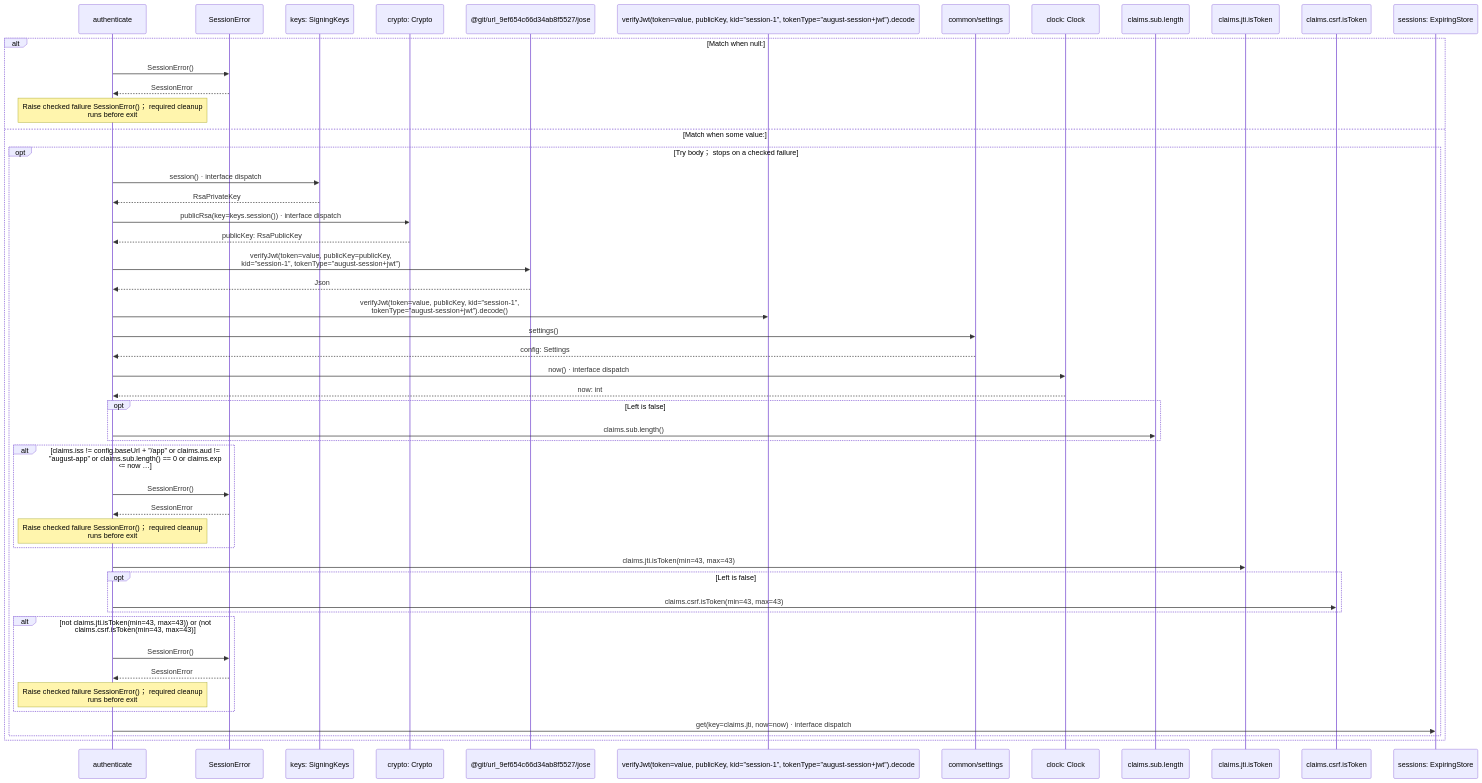
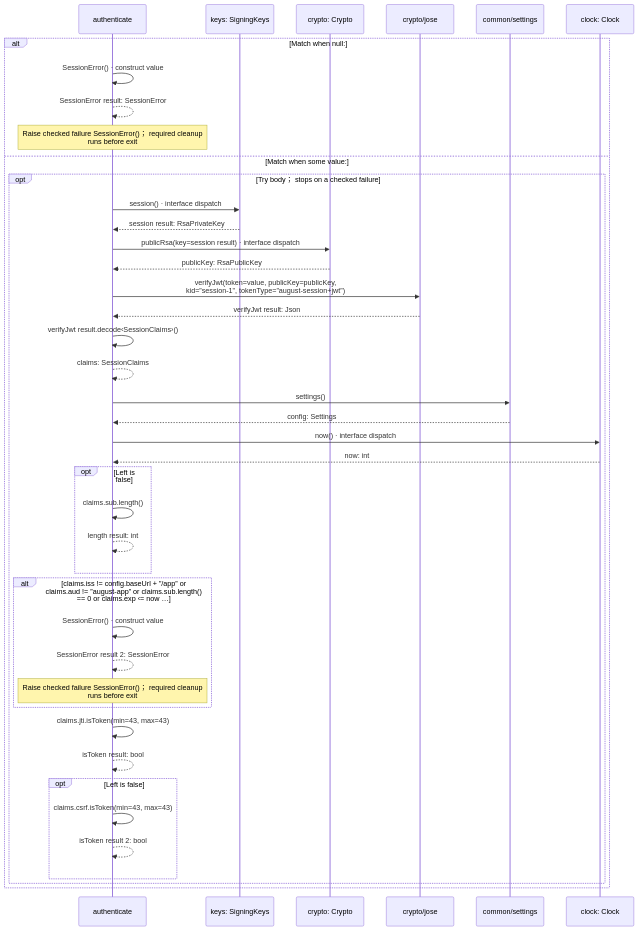
The second of 4 diagrams in docs/examples/oidc-login/client/session-diagrams.md (GreenPandaStudios/augscript), drawn with Mermaid before and after one commit. The commit also changed other lines of this file and 304 other files, not shown here.

Commit message:
Make generated data-flow sequences concise and review every diagram

````diff
--- a/docs/examples/oidc-login/client/session-diagrams.md
+++ b/docs/examples/oidc-login/client/session-diagrams.md
@@ -77,52 +51,44 @@
 ```mermaid
 sequenceDiagram
     participant p0 as authenticate
-    participant p1 as SessionError
-    participant p2 as keys: SigningKeys
-    participant p3 as crypto: Crypto
-    participant p4 as @git/url_9ef654c66d34ab8f5527/jose
-    participant p5 as verifyJwt(token=value, publicKey, kid=”session-1”, tokenType=”august-session+jwt”).decode
-    participant p6 as common/settings
-    participant p7 as clock: Clock
-    participant p8 as claims.sub.length
-    participant p9 as claims.jti.isToken
-    participant p10 as claims.csrf.isToken
-    participant p11 as sessions: ExpiringStore
+    participant p1 as keys: SigningKeys
+    participant p2 as crypto: Crypto
+    participant p3 as crypto/jose
+    participant p4 as common/settings
+    participant p5 as clock: Clock
     alt Match when null:
-    p0->>p1: SessionError()
-    p1-->>p0: SessionError
+    p0->>p0: SessionError() · construct value
+    p0-->>p0: SessionError result: SessionError
     Note over p0: Raise checked failure SessionError()； required cleanup<br/>runs before exit
     else Match when some value:
     opt Try body； stops on a checked failure
-    p0->>p2: session() · interface dispatch
-    p2-->>p0: RsaPrivateKey
-    p0->>p3: publicRsa(key=keys.session()) · interface dispatch
-    p3-->>p0: publicKey: RsaPublicKey
-    p0->>p4: verifyJwt(token=value, publicKey=publicKey,<br/>kid=”session-1”, tokenType=”august-session+jwt”)
-    p4-->>p0: Json
-    p0->>p5: verifyJwt(token=value, publicKey, kid=”session-1”,<br/>tokenType=”august-session+jwt”).decode()
-    p0->>p6: settings()
-    p6-->>p0: config: Settings
-    p0->>p7: now() · interface dispatch
-    p7-->>p0: now: int
+    p0->>p1: session() · interface dispatch
+    p1-->>p0: session result: RsaPrivateKey
+    p0->>p2: publicRsa(key=session result) · interface dispatch
+    p2-->>p0: publicKey: RsaPublicKey
+    p0->>p3: verifyJwt(token=value, publicKey=publicKey,<br/>kid=”session-1”, tokenType=”august-session+jwt”)
+    p3-->>p0: verifyJwt result: Json
+    p0->>p0: verifyJwt result.decode‹SessionClaims›()
+    p0-->>p0: claims: SessionClaims
+    p0->>p4: settings()
+    p4-->>p0: config: Settings
+    p0->>p5: now() · interface dispatch
+    p5-->>p0: now: int
     opt Left is false
-    p0->>p8: claims.sub.length()
+    p0->>p0: claims.sub.length()
+    p0-->>p0: length result: int
     end
     alt claims.iss != config.baseUrl + ”/app” or claims.aud != ”august-app” or claims.sub.length() == 0 or claims.exp ‹= now …
-    p0->>p1: SessionError()
-    p1-->>p0: SessionError
+    p0->>p0: SessionError() · construct value
+    p0-->>p0: SessionError result 2: SessionError
     Note over p0: Raise checked failure SessionError()； required cleanup<br/>runs before exit
     end
-    p0->>p9: claims.jti.isToken(min=43, max=43)
+    p0->>p0: claims.jti.isToken(min=43, max=43)
+    p0-->>p0: isToken result: bool
     opt Left is false
-    p0->>p10: claims.csrf.isToken(min=43, max=43)
+    p0->>p0: claims.csrf.isToken(min=43, max=43)
+    p0-->>p0: isToken result 2: bool
     end
-    alt not claims.jti.isToken(min=43, max=43)) or (not claims.csrf.isToken(min=43, max=43)
-    p0->>p1: SessionError()
-    p1-->>p0: SessionError
-    Note over p0: Raise checked failure SessionError()； required cleanup<br/>runs before exit
-    end
-    p0->>p11: get(key=claims.jti, now=now) · interface dispatch
     end
     end
 ```
````
